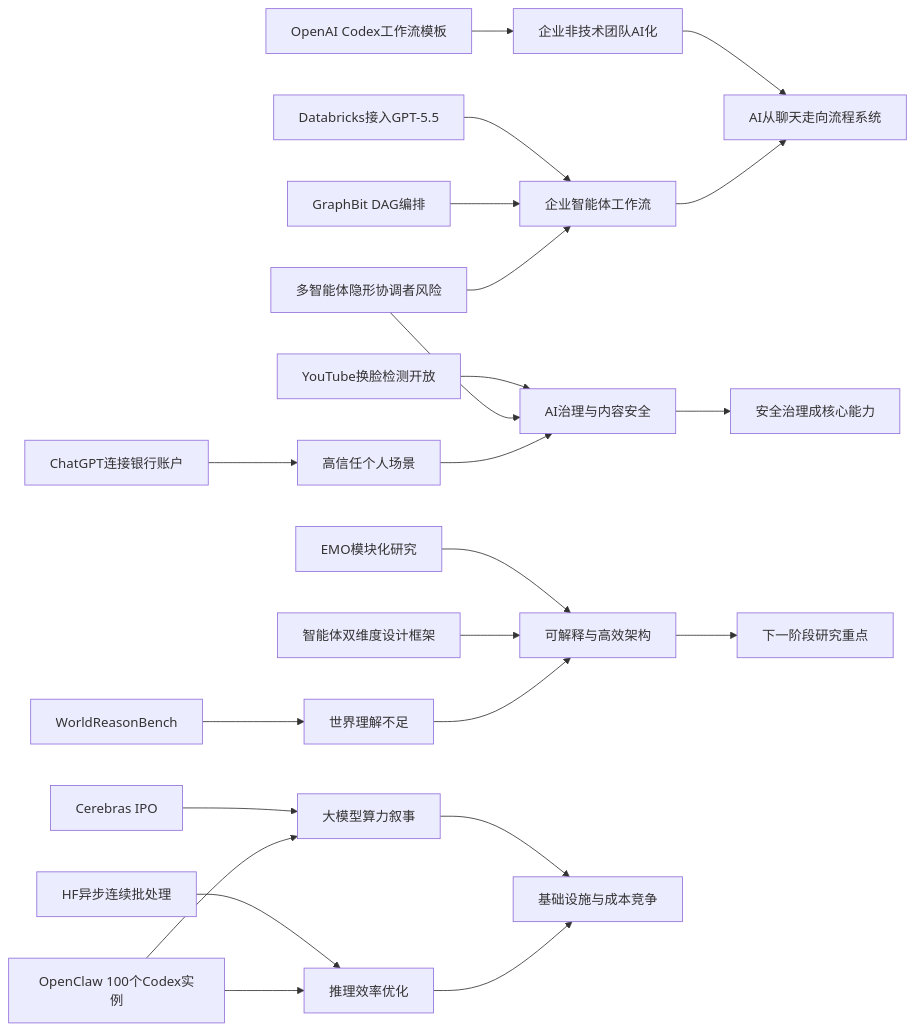
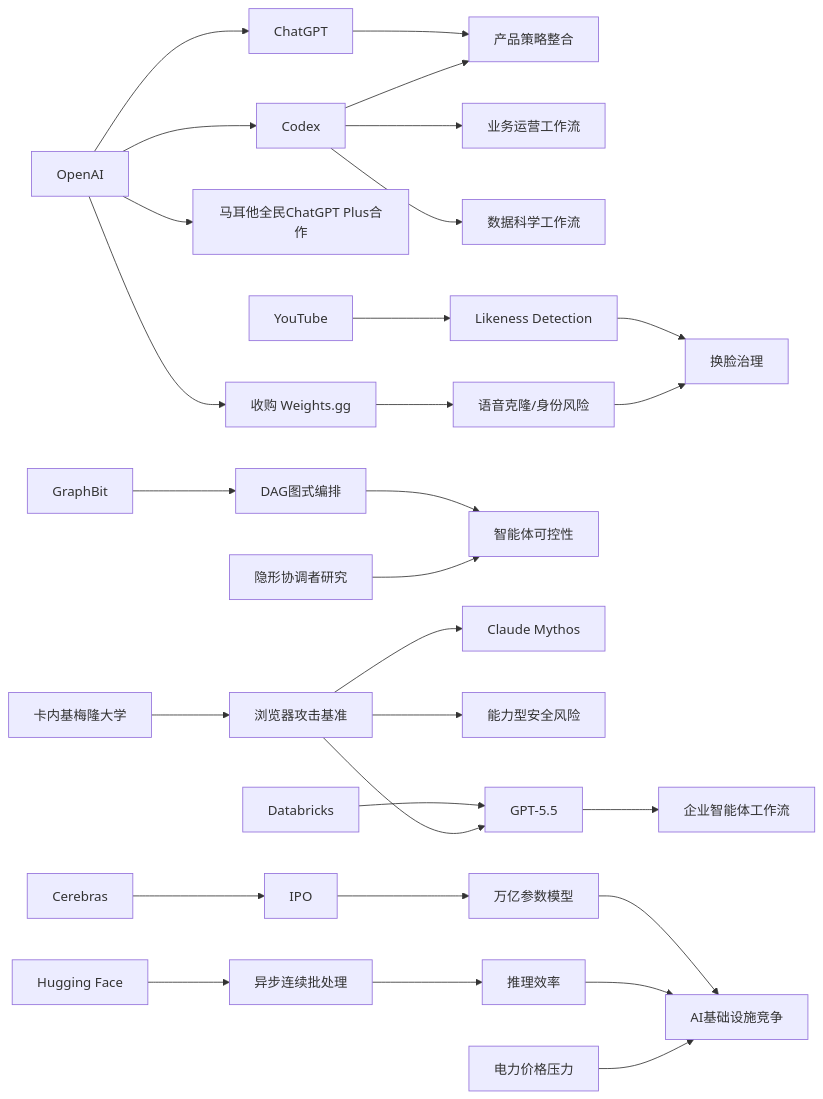
Before and after one commit to zhuxinfei/ai-daily-site: the diagram in content/cn/2026/2026-05/2026-05-16.md, drawn with Mermaid. The commit also changed other lines of this file, not shown here.

````diff
--- a/content/cn/2026/2026-05/2026-05-16.md
+++ b/content/cn/2026/2026-05/2026-05-16.md
@@ -118,29 +122,35 @@
 ```mermaid
 graph LR
-    A[OpenAI Codex工作流模板] --> B[企业非技术团队AI化]
-    C[Databricks接入GPT-5.5] --> D[企业智能体工作流]
-    E[GraphBit DAG编排] --> D
-    F[多智能体隐形协调者风险] --> D
+    OpenAI[OpenAI] --> ChatGPT[ChatGPT]
+    OpenAI --> Codex[Codex]
+    ChatGPT --> ProductMerge[产品策略整合]
+    Codex --> ProductMerge
+    Codex --> BizOps[业务运营工作流]
+    Codex --> DataScience[数据科学工作流]
+    OpenAI --> Malta[马耳他全民ChatGPT Plus合作]
+    OpenAI --> Weights[收购 Weights.gg]
+    Weights --> VoiceClone[语音克隆/身份风险]
 
-    G[Cerebras IPO] --> H[大模型算力叙事]
-    I[HF异步连续批处理] --> J[推理效率优化]
-    K[OpenClaw 100个Codex实例] --> J
-    K --> H
+    Databricks[Databricks] --> GPT55[GPT-5.5]
+    GPT55 --> AgentWorkflow[企业智能体工作流]
+    GraphBit[GraphBit] --> DAG[DAG图式编排]
+    DAG --> AgentControl[智能体可控性]
+    HiddenCoordinator[隐形协调者研究] --> AgentControl
 
-    L[ChatGPT连接银行账户] --> M[高信任个人场景]
-    N[YouTube换脸检测开放] --> O[AI治理与内容安全]
-    F --> O
-    M --> O
+    CMU[卡内基梅隆大学] --> ExploitBenchmark[浏览器攻击基准]
+    ExploitBenchmark --> GPT55
+    ExploitBenchmark --> Claude[Claude Mythos]
+    ExploitBenchmark --> AISecurity[能力型安全风险]
 
-    P[WorldReasonBench] --> Q[世界理解不足]
-    R[EMO模块化研究] --> S[可解释与高效架构]
-    T[智能体双维度设计框架] --> S
-    Q --> S
+    YouTube[YouTube] --> Likeness[Likeness Detection]
+    Likeness --> Deepfake[换脸治理]
+    VoiceClone --> Deepfake
 
-    H --> U[基础设施与成本竞争]
-    J --> U
-    B --> V[AI从聊天走向流程系统]
-    D --> V
-    O --> W[安全治理成核心能力]
-    S --> X[下一阶段研究重点]
+    Cerebras[Cerebras] --> IPO[IPO]
+    IPO --> TrillionModel[万亿参数模型]
+    HF[Hugging Face] --> AsyncBatch[异步连续批处理]
+    AsyncBatch --> Inference[推理效率]
+    TrillionModel --> InfraRace[AI基础设施竞争]
+    Inference --> InfraRace
+    Energy[电力价格压力] --> InfraRace
 ```
````
